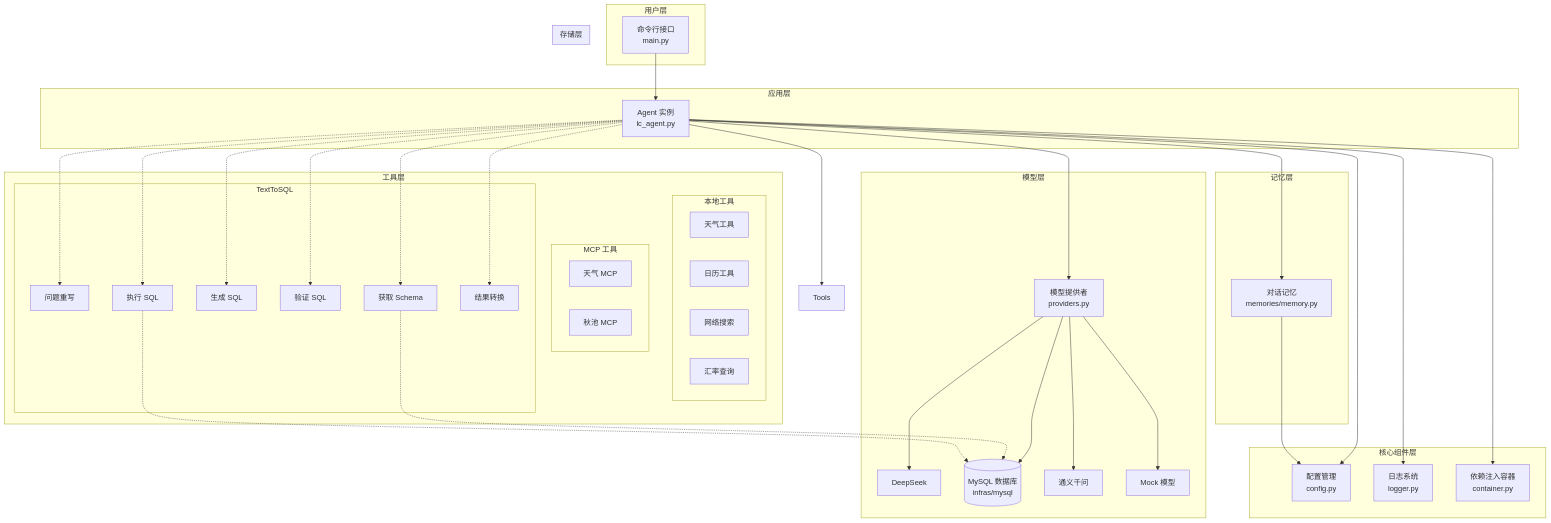
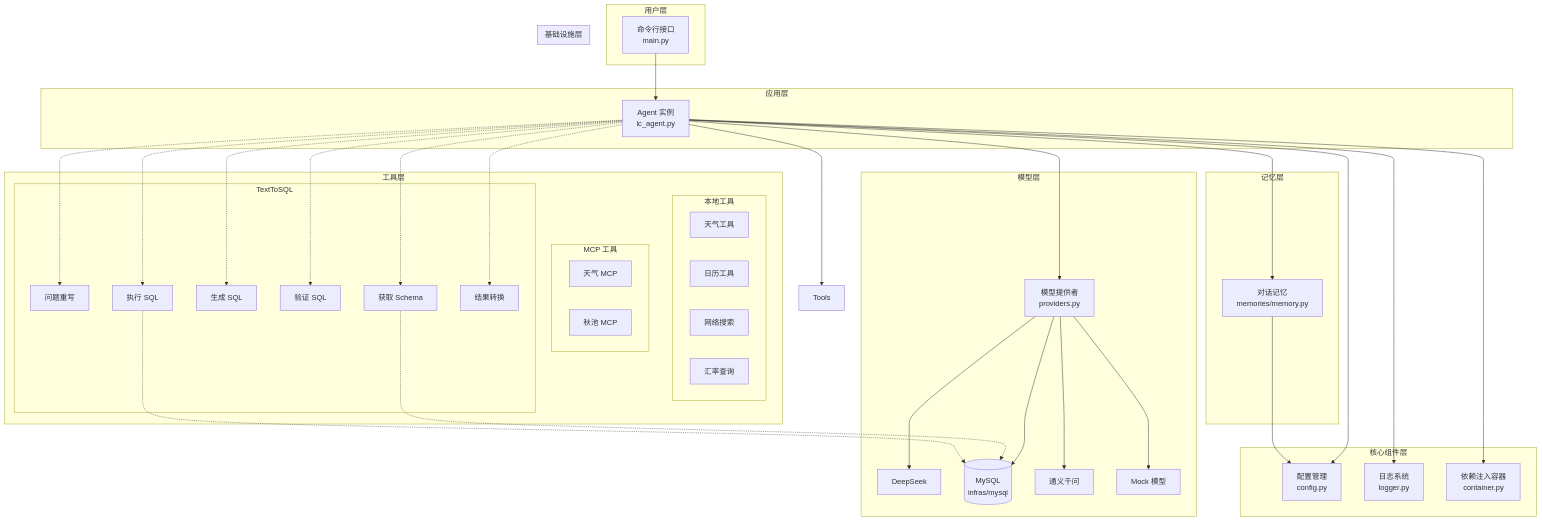
The second of 5 diagrams in README.md (chain-engine/x-langchain), drawn with Mermaid before and after one commit. The commit also changed other lines of this file and 3 other files, not shown here.

````diff
--- a/README.md
+++ b/README.md
@@ -140,65 +144,65 @@
 ```mermaid
 graph TB
     subgraph 用户层
         CLI[命令行接口<br/>main.py]
     end
 
     subgraph 应用层
         AG[Agent 实例<br/>lc_agent.py]
     end
 
     subgraph 核心组件层
         CFG[配置管理<br/>config.py]
         LOG[日志系统<br/>logger.py]
         CTN[依赖注入容器<br/>container.py]
     end
 
     subgraph 记忆层
         MM[对话记忆<br/>memories/memory.py]
     end
 
     subgraph 模型层
         MF[模型提供者<br/>providers.py]
         DS[DeepSeek]
         DB[豆包]
         TY[通义千问]
         MK[Mock 模型]
     end
 
     subgraph 工具层
         subgraph 本地工具
             WT[天气工具]
             CT[日历工具]
             WS[网络搜索]
             ER[汇率查询]
         end
         subgraph MCP 工具
             WMCP[天气 MCP]
             QMCP[秋池 MCP]
         end
         subgraph TextToSQL
             QR[问题重写]
             GS[获取 Schema]
             SG[生成 SQL]
             VS[验证 SQL]
             ES[执行 SQL]
             CN[结果转换]
         end
     end
 
-    subgraph 存储层
-        DB[(MySQL 数据库<br/>infras/mysql)]
+    subgraph 基础设施层
+        DB[(MySQL<br/>infras/mysql)]
     end
 
     CLI --> AG
     AG --> MM
     AG --> MF
     AG --> TT[Tools]
     AG --> CFG & LOG & CTN
     MM --> CFG
     MF --> DS & DB & TY & MK
 
     AG -.-> QR & GS & SG & VS & ES & CN
     GS -.-> DB
     ES -.-> DB
 ```
````
